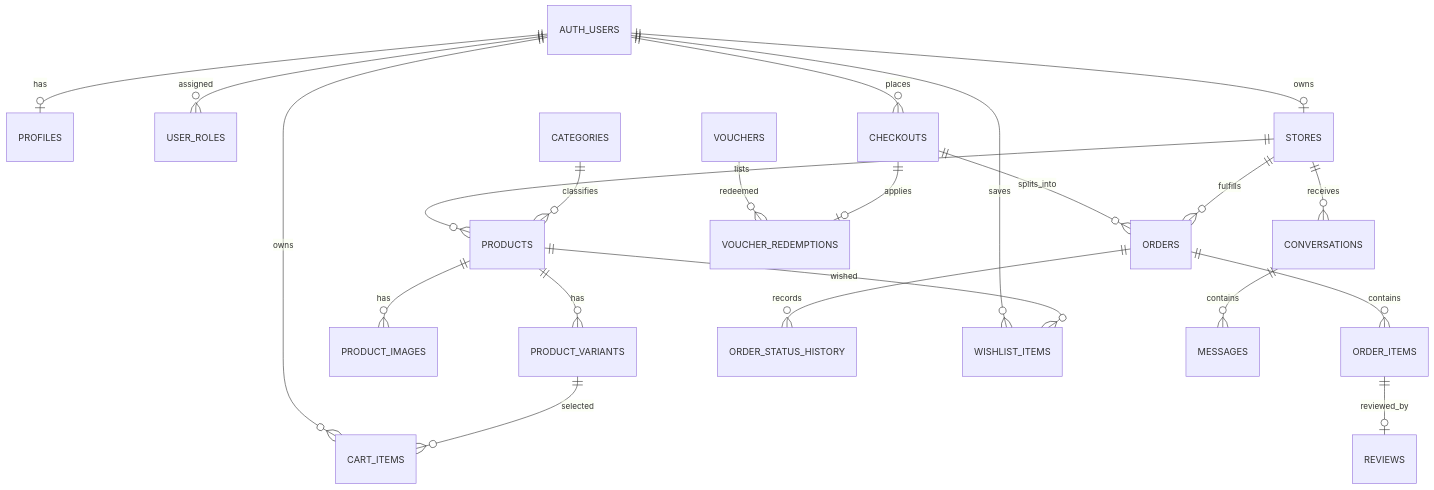
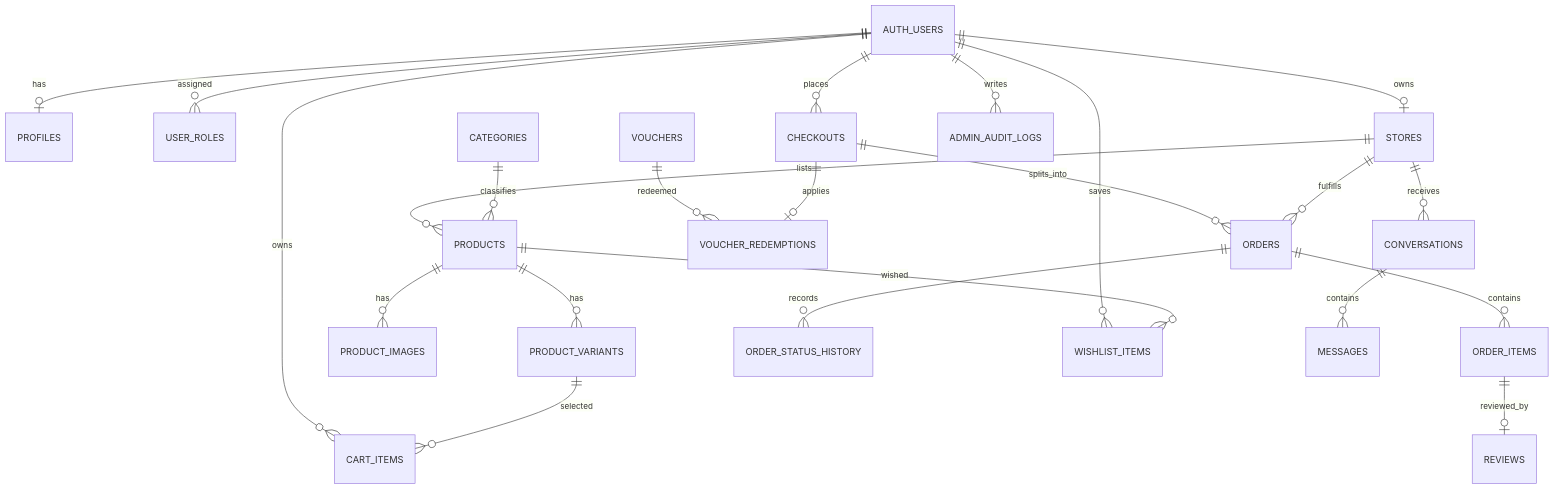
Before and after one commit to FarrelGhozy/SOUQNA: the diagram in docs/ERD.md, drawn with Mermaid. The commit also changed other lines of this file and 14 other files, not shown here.

First line of the commit message:
M8: parity Flutter + demo E2E + ERD final/OpenAPI stub (close #8)

````diff
--- a/docs/ERD.md
+++ b/docs/ERD.md
@@ -6,24 +7,25 @@
 ```mermaid
 erDiagram
     AUTH_USERS ||--o| PROFILES : has
     AUTH_USERS ||--o{ USER_ROLES : assigned
     AUTH_USERS ||--o| STORES : owns
     STORES ||--o{ PRODUCTS : lists
     CATEGORIES ||--o{ PRODUCTS : classifies
     PRODUCTS ||--o{ PRODUCT_VARIANTS : has
     PRODUCTS ||--o{ PRODUCT_IMAGES : has
     AUTH_USERS ||--o{ CART_ITEMS : owns
     PRODUCT_VARIANTS ||--o{ CART_ITEMS : selected
     AUTH_USERS ||--o{ CHECKOUTS : places
     CHECKOUTS ||--o{ ORDERS : splits_into
     STORES ||--o{ ORDERS : fulfills
     ORDERS ||--o{ ORDER_ITEMS : contains
     ORDERS ||--o{ ORDER_STATUS_HISTORY : records
     VOUCHERS ||--o{ VOUCHER_REDEMPTIONS : redeemed
     CHECKOUTS ||--o| VOUCHER_REDEMPTIONS : applies
     AUTH_USERS ||--o{ WISHLIST_ITEMS : saves
     PRODUCTS ||--o{ WISHLIST_ITEMS : wished
     STORES ||--o{ CONVERSATIONS : receives
     CONVERSATIONS ||--o{ MESSAGES : contains
     ORDER_ITEMS ||--o| REVIEWS : reviewed_by
+    AUTH_USERS ||--o{ ADMIN_AUDIT_LOGS : writes
 ```
````
